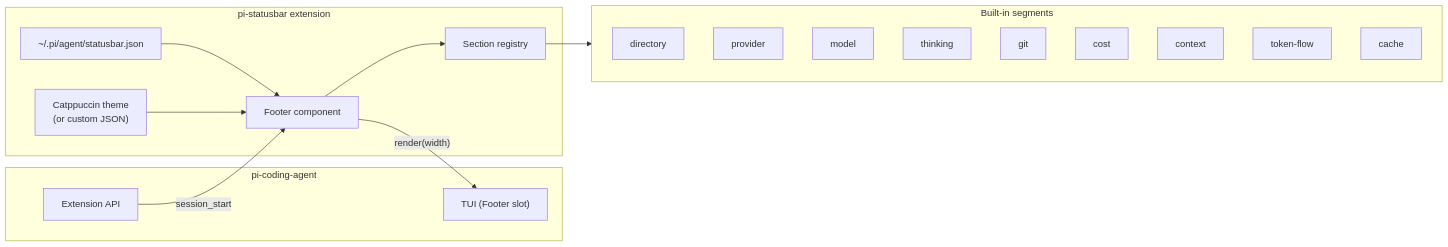
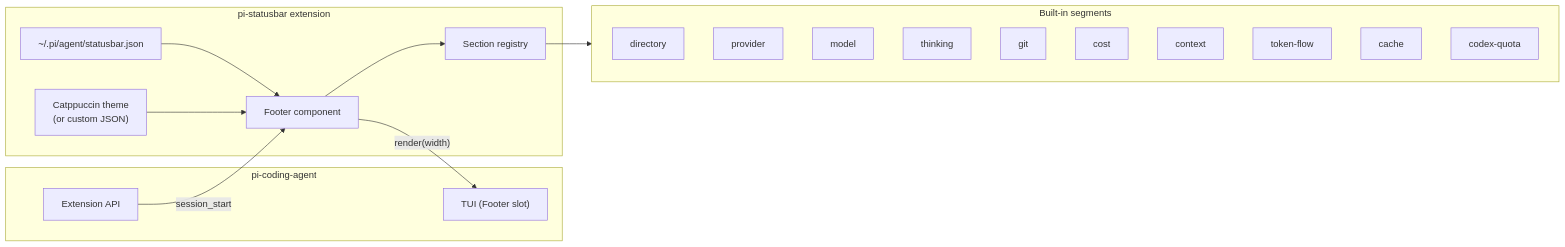
The diagram in README.md (kreeger/pi-statusbar), drawn with Mermaid before and after one commit. The commit also changed other lines of this file and 12 other files, not shown here.

First line of the commit message:
feat: codex quota segment (#1)

````diff
--- a/README.md
+++ b/README.md
@@ -23,33 +23,34 @@
 ```mermaid
 flowchart LR
     subgraph pi["pi-coding-agent"]
         TUI["TUI (Footer slot)"]
         API["Extension API"]
     end
 
     subgraph statusbar["pi-statusbar extension"]
         CONFIG["~/.pi/agent/statusbar.json"]
         REGISTRY["Section registry"]
         THEME["Catppuccin theme<br/>(or custom JSON)"]
         FOOTER["Footer component"]
     end
 
     subgraph segments["Built-in segments"]
         DIR["directory"]
         PROV["provider"]
         MODEL["model"]
         THINK["thinking"]
         GIT["git"]
         COST["cost"]
         CTX["context"]
         TOKENS["token-flow"]
         CACHE["cache"]
+    QUOTA["codex-quota"]
     end
 
     API -- session_start --> FOOTER
     FOOTER --> REGISTRY
     CONFIG --> FOOTER
     REGISTRY --> segments
     THEME --> FOOTER
     FOOTER -- render(width) --> TUI
 ```
````
